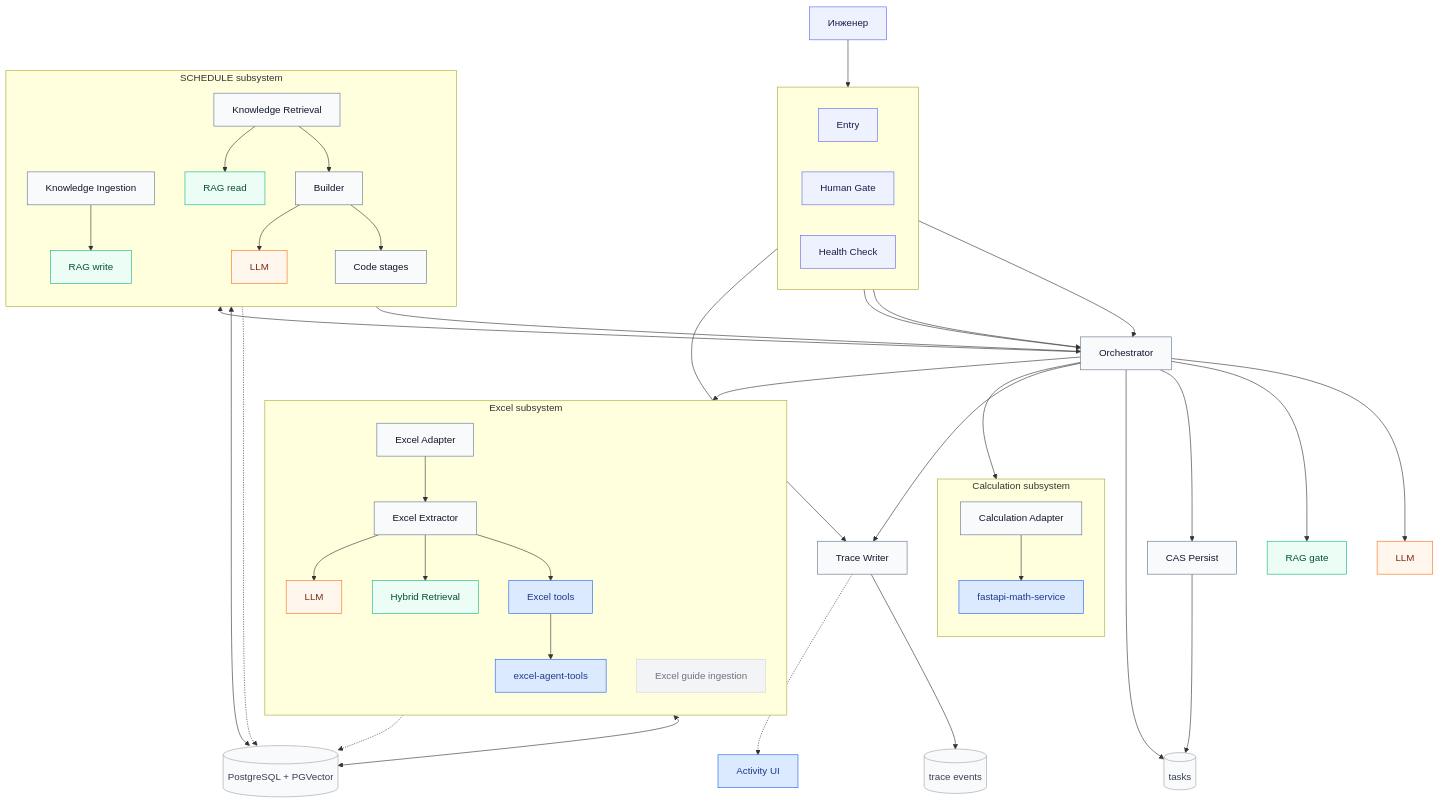
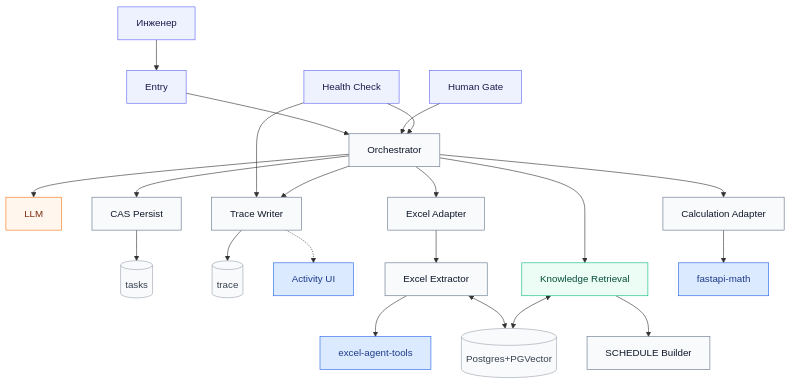
One commit to lun1tunes/omegalul changed the diagram in docs.md. Above: the diagram before and after it, drawn with Mermaid. The commit also changed other lines of this file and 16 other files, not shown here.

````diff
--- a/docs.md
+++ b/docs.md
@@ -37,85 +57,38 @@
   classDef rag fill:#ecfdf5,stroke:#10b981,color:#064e3b
   classDef svc fill:#dbeafe,stroke:#2563eb,color:#1e3a8a
   classDef data fill:#f9fafb,stroke:#9ca3af,color:#374151
-  classDef opt fill:#f3f4f6,stroke:#d1d5db,color:#6b7280
 
   User[Инженер]:::entry
-
-  subgraph HITL[" "]
-    direction LR
-    Entry[Entry]:::entry
-    Gate[Human Gate]:::entry
-    Health[Health Check]:::entry
-  end
-
+  Entry[Entry]:::entry
+  Gate[Human Gate]:::entry
+  Health[Health Check]:::entry
   Orch[Orchestrator]:::box
   OrchLLM[LLM]:::llm
-  OrchRAG[RAG gate]:::rag
   CasPersist[CAS Persist]:::box
   TaskDT[(tasks)]:::data
+  Trace[Trace Writer]:::box
+  TraceDT[(trace)]:::data
+  Activity[Activity UI]:::svc
+  ExcelAdapt[Excel Adapter]:::box
+  ExcelAgent[Excel Extractor]:::box
+  ExcelTools[excel-agent-tools]:::svc
+  SRetr[Knowledge Retrieval]:::rag
+  SBuilder[SCHEDULE Builder]:::box
+  CalcAdapt[Calculation Adapter]:::box
+  MathSvc[fastapi-math]:::svc
+  Pg[(Postgres+PGVector)]:::data
 
-  Trace[Trace Writer]:::box
-  TraceDT[(trace events)]:::data
-  Activity[Activity UI]:::svc
-
-  subgraph EXCEL[Excel subsystem]
-    direction TB
-    ExcelAdapt[Excel Adapter]:::box
-    ExcelAgent[Excel Extractor]:::box
-    ExcelLLM[LLM]:::llm
-    ExcelRAG[Hybrid Retrieval]:::rag
-    ExcelTools[Excel tools]:::svc
-    ExcelSvc[excel-agent-tools]:::svc
-    ExcelGuide[Excel guide ingestion]:::opt
-    ExcelAdapt --> ExcelAgent
-    ExcelAgent --> ExcelLLM
-    ExcelAgent --> ExcelRAG
-    ExcelAgent --> ExcelTools --> ExcelSvc
-  end
-
-  subgraph SCHED[SCHEDULE subsystem]
-    direction TB
-    SIngest[Knowledge Ingestion]:::box
-    SRetr[Knowledge Retrieval]:::box
-    SBuilder[Builder]:::box
-    SIngestRAG[RAG write]:::rag
-    SRetrRAG[RAG read]:::rag
-    SBuilderLLM[LLM]:::llm
-    SBuilderCode[Code stages]:::box
-    SIngest --> SIngestRAG
-    SRetr --> SRetrRAG
-    SBuilder --> SBuilderLLM
-    SBuilder --> SBuilderCode
-    SRetr --> SBuilder
-  end
-
-  subgraph CALC[Calculation subsystem]
-    direction TB
-    CalcAdapt[Calculation Adapter]:::box
-    MathSvc[fastapi-math-service]:::svc
-    CalcAdapt --> MathSvc
-  end
-
-  Pg[(PostgreSQL + PGVector)]:::data
-
-  User --> Entry
-  Entry --> Orch
+  User --> Entry --> Orch
   Gate --> Orch
   Health --> Orch
   Health --> Trace
   Orch --> OrchLLM
-  Orch --> OrchRAG
-  Orch --> CasPersist
-  Orch --> TaskDT
-  CasPersist --> TaskDT
+  Orch --> CasPersist --> TaskDT
   Orch --> Trace --> TraceDT
   Trace -.-> Activity
-  Orch --> ExcelAdapt
-  Orch --> SRetr
-  Orch --> CalcAdapt
-  SBuilder --> Orch
+  Orch --> ExcelAdapt --> ExcelAgent --> ExcelTools
+  Orch --> SRetr --> SBuilder
+  Orch --> CalcAdapt --> MathSvc
   ExcelAgent <--> Pg
-  ExcelGuide -.-> Pg
-  SIngest -.-> Pg
   SRetr <--> Pg
 ```
````
